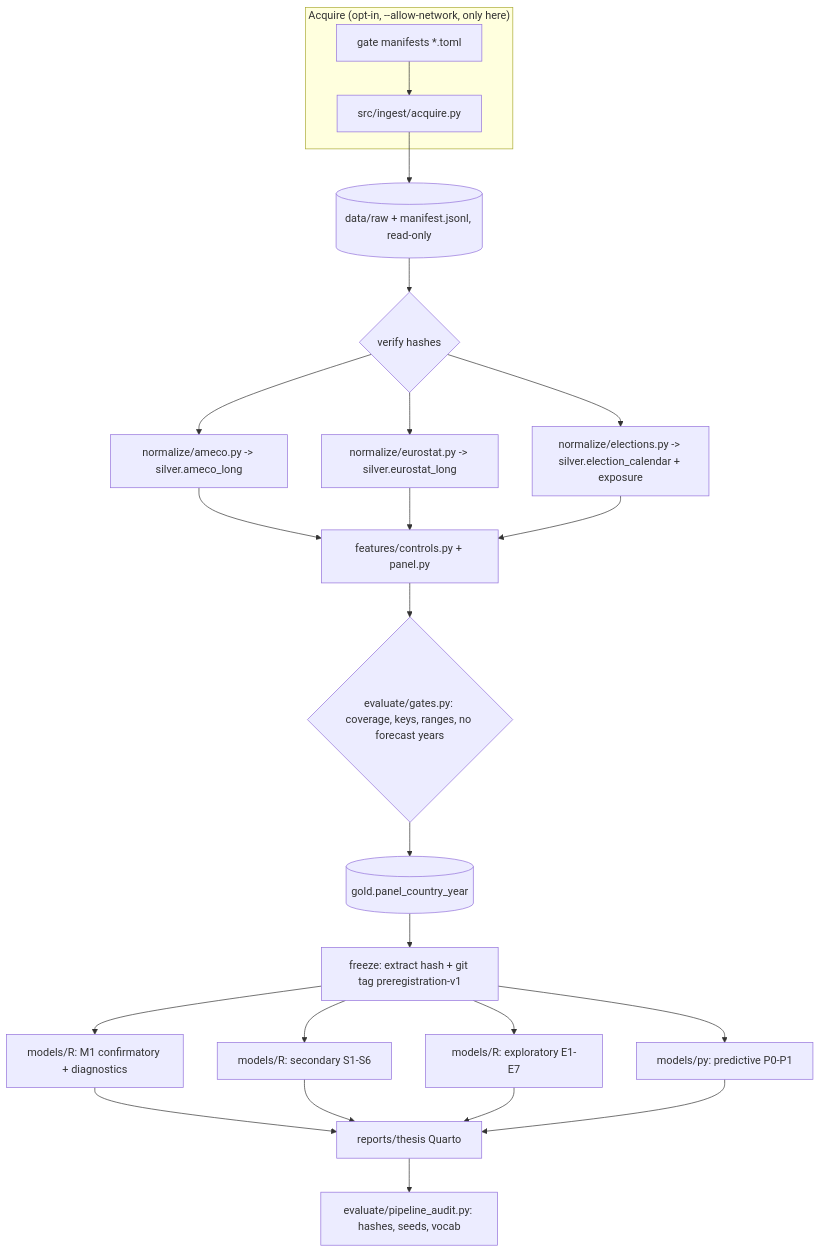
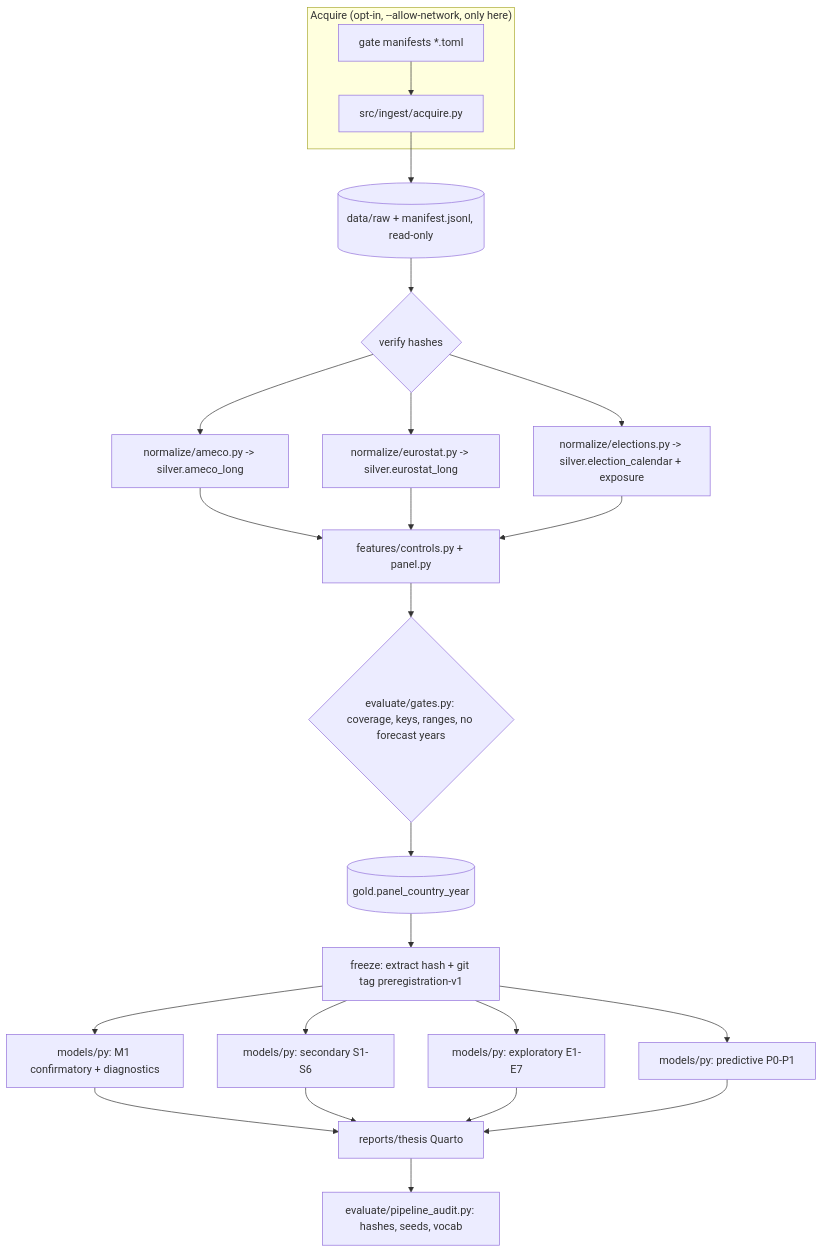
One commit to andrm101/fiscal_deficit changed the diagram in docs/stage_c_blueprint.md. Above: the diagram before and after it, drawn with Mermaid. The commit also changed other lines of this file and 11 other files, not shown here.

````diff
--- a/docs/stage_c_blueprint.md
+++ b/docs/stage_c_blueprint.md
@@ -62,26 +61,26 @@
 ```mermaid
 flowchart TD
     subgraph Acquire["Acquire (opt-in, --allow-network, only here)"]
         A1[gate manifests *.toml] --> A2[src/ingest/acquire.py]
     end
     A2 --> RAW[(data/raw + manifest.jsonl, read-only)]
     RAW --> V{verify hashes}
     V --> S1[normalize/ameco.py -> silver.ameco_long]
     V --> S2[normalize/eurostat.py -> silver.eurostat_long]
     V --> S3[normalize/elections.py -> silver.election_calendar + exposure]
     S1 --> F[features/controls.py + panel.py]
     S2 --> F
     S3 --> F
     F --> G{evaluate/gates.py: coverage, keys, ranges, no forecast years}
     G --> GOLD[(gold.panel_country_year)]
     GOLD --> FRZ[freeze: extract hash + git tag preregistration-v1]
-    FRZ --> M1[models/R: M1 confirmatory + diagnostics]
-    FRZ --> SEC[models/R: secondary S1-S6]
-    FRZ --> EXP[models/R: exploratory E1-E7]
+    FRZ --> M1[models/py: M1 confirmatory + diagnostics]
+    FRZ --> SEC[models/py: secondary S1-S6]
+    FRZ --> EXP[models/py: exploratory E1-E7]
     FRZ --> PRD[models/py: predictive P0-P1]
     M1 --> REP[reports/thesis Quarto]
     SEC --> REP
     EXP --> REP
     PRD --> REP
     REP --> AUD[evaluate/pipeline_audit.py: hashes, seeds, vocab]
 ```
````
